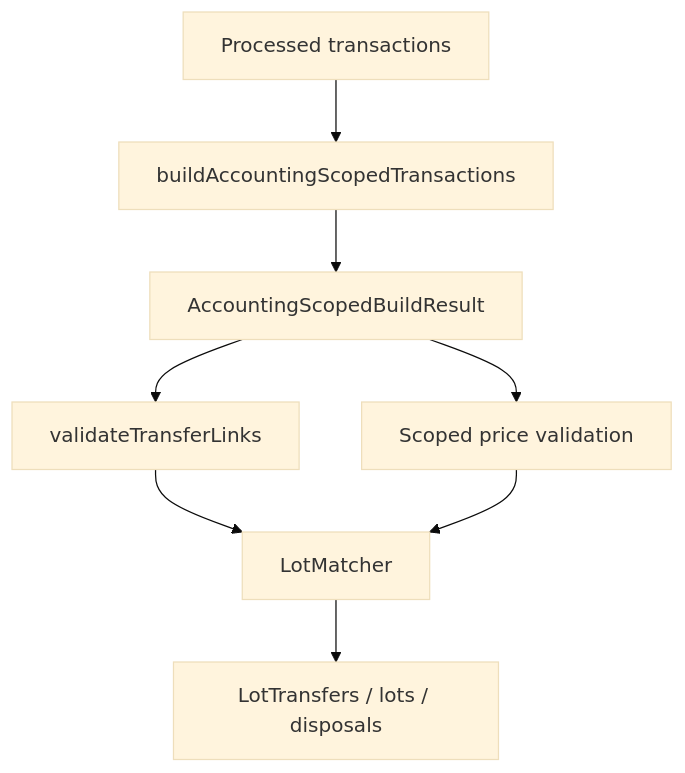
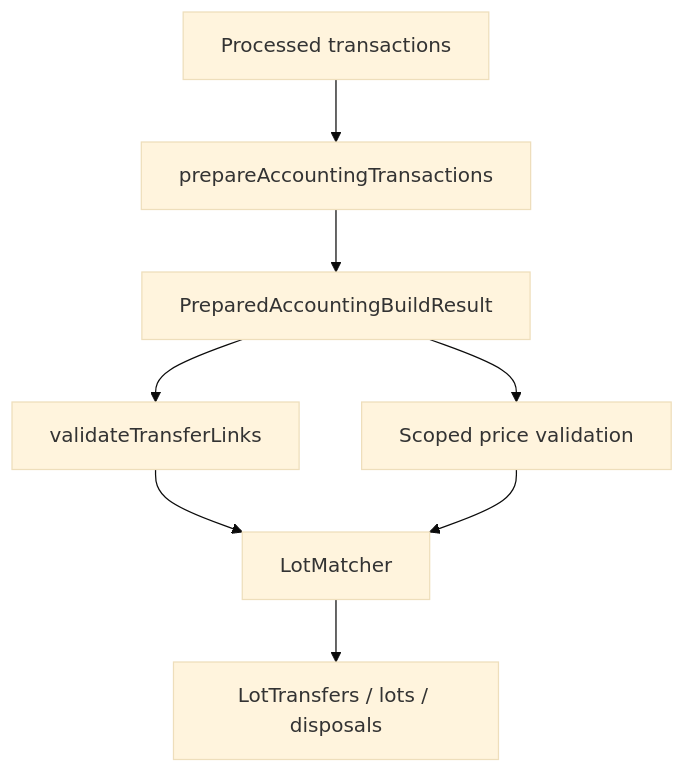
The diagram in docs/specs/transfers-and-tax.md (jbelanger/exitbook), drawn with Mermaid (base theme) before and after one commit. The commit also changed other lines of this file and 27 other files, not shown here.

Commit message:
Rename scoped preparation types to prepared accounting

````diff
--- a/docs/specs/transfers-and-tax.md
+++ b/docs/specs/transfers-and-tax.md
@@ -203,10 +203,10 @@
 ```mermaid
 graph TD
-    A["Processed transactions"] --> B["buildAccountingScopedTransactions"]
-    B --> C["AccountingScopedBuildResult"]
+    A["Processed transactions"] --> B["prepareAccountingTransactions"]
+    B --> C["PreparedAccountingBuildResult"]
     C --> D["validateTransferLinks"]
     C --> E["Scoped price validation"]
     D --> F["LotMatcher"]
     E --> F
     F --> G["LotTransfers / lots / disposals"]
 ```
````
